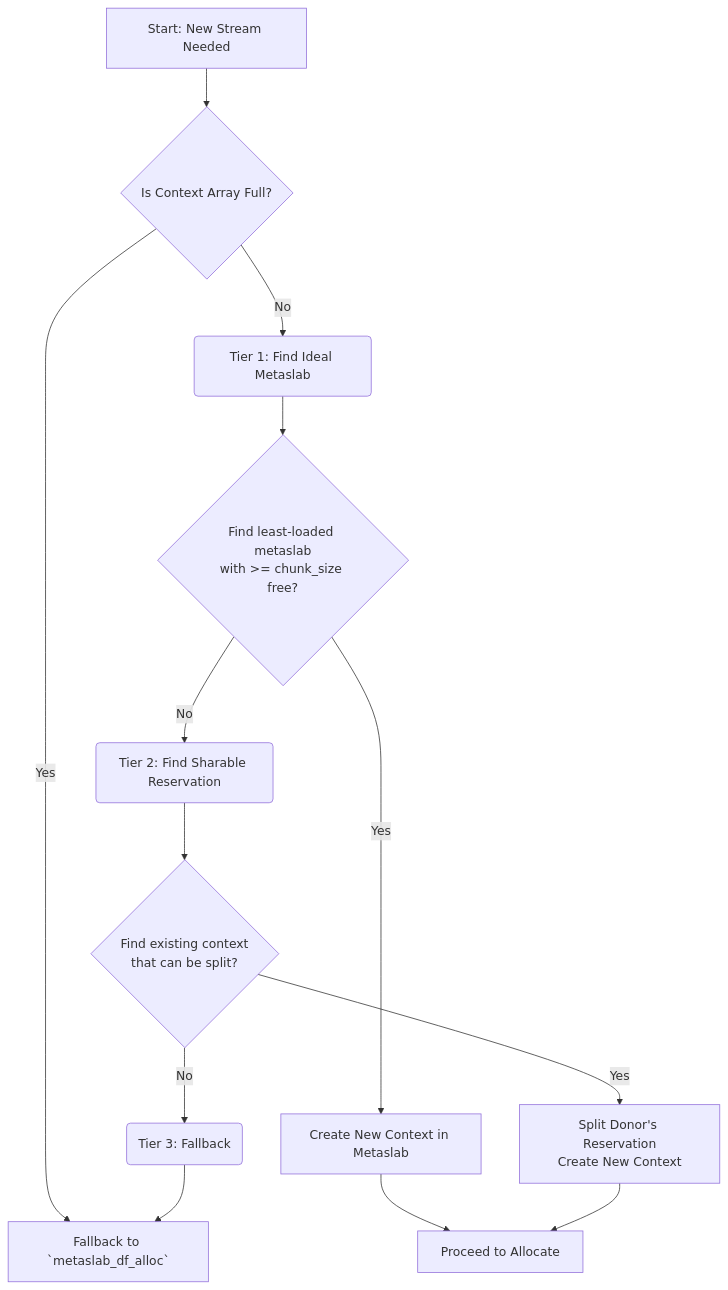
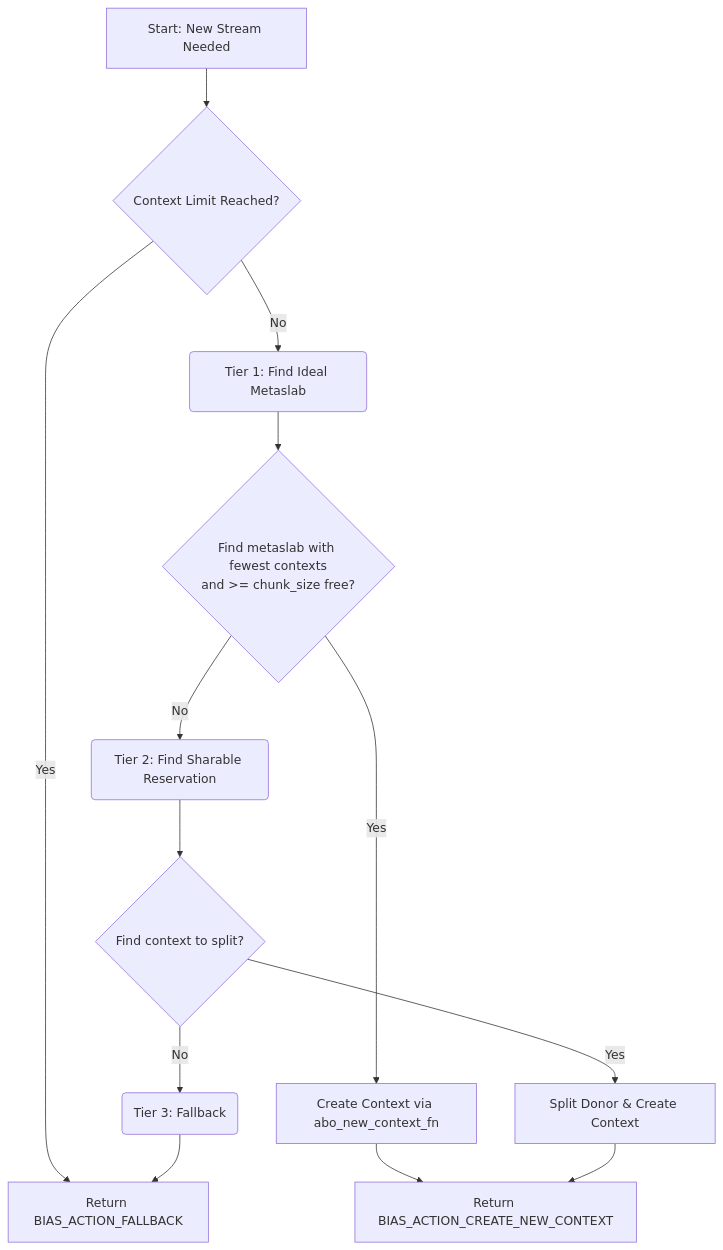
One commit to arg7/zfs-fuse changed the second of 5 diagrams in src/spec.md. Above: the diagram before and after it, drawn with Mermaid. The commit also changed other lines of this file and 2 other files, not shown here.

````diff
--- a/src/spec.md
+++ b/src/spec.md
@@ -257,19 +234,18 @@
 ```mermaid
 graph TD
-    A[Start: New Stream Needed] --> B{Is Context Array Full?};
-    B -- Yes --> Z[Fallback to `metaslab_df_alloc`];
+    A[Start: New Stream Needed] --> B{Context Limit Reached?};
+    B -- Yes --> Z[Return BIAS_ACTION_FALLBACK];
 
     B -- No --> T1_Start(Tier 1: Find Ideal Metaslab);
-    T1_Start --> T1_Check{Find least-loaded metaslab<br/>with >= chunk_size free?};
-    T1_Check -- Yes --> T1_Success[Create New Context in Metaslab];
+    T1_Start --> T1_Check{Find metaslab with fewest contexts<br/>and >= chunk_size free?};
+    T1_Check -- Yes --> T1_Success[Create Context via abo_new_context_fn];
+    T1_Success --> Y[Return BIAS_ACTION_CREATE_NEW_CONTEXT];
 
     T1_Check -- No --> T2_Start(Tier 2: Find Sharable Reservation);
-    T2_Start --> T2_Check{Find existing context<br/>that can be split?};
-    T2_Check -- Yes --> T2_Success[Split Donor's Reservation<br/>Create New Context];
+    T2_Start --> T2_Check{Find context to split?};
+    T2_Check -- Yes --> T2_Success[Split Donor & Create Context];
+    T2_Success --> Y;
     
     T2_Check -- No --> T3_Start(Tier 3: Fallback);
     T3_Start --> Z;
-    
-    T1_Success --> Y[Proceed to Allocate];
-    T2_Success --> Y[Proceed to Allocate];
 ```
````
